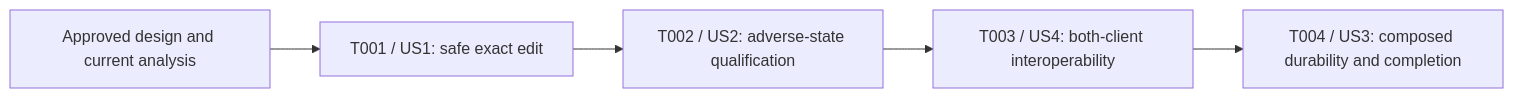
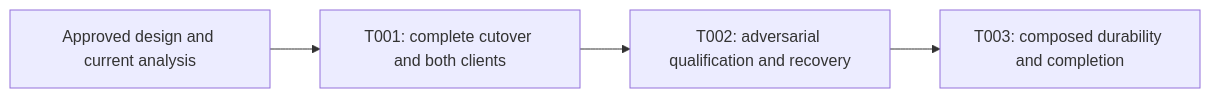
One commit to Peter-Tam/godot-agent-kit changed the diagram in specs/008-exact-script-edit/tasks.md. Above: the diagram before and after it, drawn with Mermaid. The commit also changed other lines of this file and 1 other file, not shown here.

Commit message:
docs(tasks): make schema cutover atomic with both clients

````diff
--- a/specs/008-exact-script-edit/tasks.md
+++ b/specs/008-exact-script-edit/tasks.md
@@ -186,7 +170,6 @@
 ```mermaid
 flowchart LR
-    A[Approved design and current analysis] --> B[T001 / US1: safe exact edit]
-    B --> C[T002 / US2: adverse-state qualification]
-    C --> D[T003 / US4: both-client interoperability]
-    D --> E[T004 / US3: composed durability and completion]
+    A[Approved design and current analysis] --> B[T001: complete cutover and both clients]
+    B --> C[T002: adversarial qualification and recovery]
+    C --> D[T003: composed durability and completion]
 ```
````
